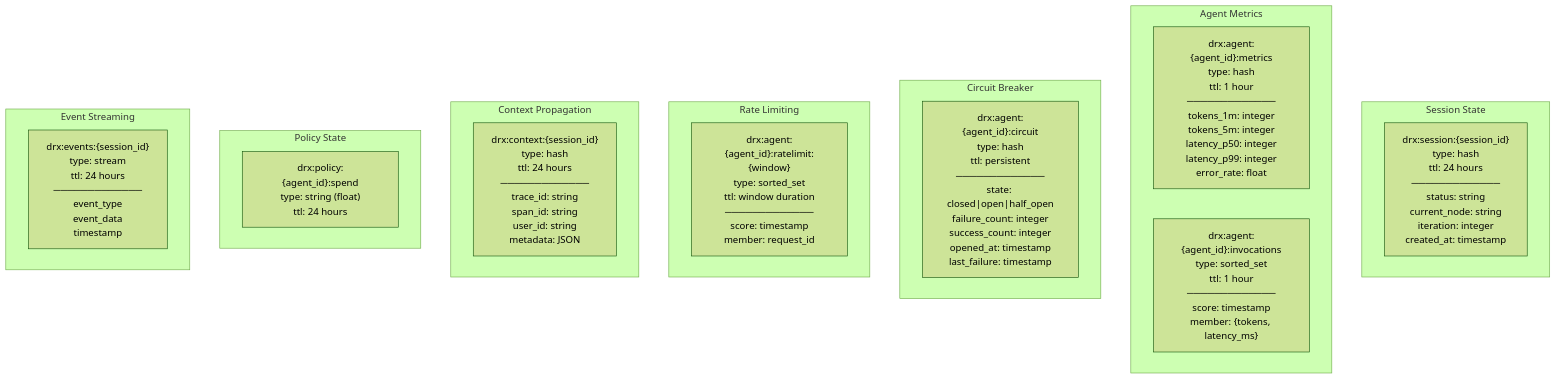
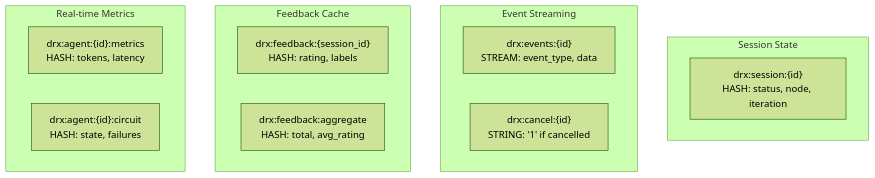
Before and after one commit to satyamaix/DeepResearchX: diagram 26 of 26 in docs/LLD.md, drawn with Mermaid (forest theme). The commit also changed other lines of this file and 2 other files, not shown here.

````diff
--- a/docs/LLD.md
+++ b/docs/LLD.md
@@ -1083,32 +1470,21 @@
 ```mermaid
 flowchart TB
-    subgraph SessionKeys["Session State"]
-        Session["drx:session:{session_id}<br/>type: hash<br/>ttl: 24 hours<br/>─────────────<br/>status: string<br/>current_node: string<br/>iteration: integer<br/>created_at: timestamp"]
+    subgraph Session["Session State"]
+        SessionHash["drx:session:{id}<br/>HASH: status, node, iteration"]
     end
 
-    subgraph AgentKeys["Agent Metrics"]
-        Metrics["drx:agent:{agent_id}:metrics<br/>type: hash<br/>ttl: 1 hour<br/>─────────────<br/>tokens_1m: integer<br/>tokens_5m: integer<br/>latency_p50: integer<br/>latency_p99: integer<br/>error_rate: float"]
-
-        Invocations["drx:agent:{agent_id}:invocations<br/>type: sorted_set<br/>ttl: 1 hour<br/>─────────────<br/>score: timestamp<br/>member: {tokens, latency_ms}"]
+    subgraph Events["Event Streaming"]
+        EventStream["drx:events:{id}<br/>STREAM: event_type, data"]
+        CancelKey["drx:cancel:{id}<br/>STRING: '1' if cancelled"]
     end
 
-    subgraph CircuitKeys["Circuit Breaker"]
-        Circuit["drx:agent:{agent_id}:circuit<br/>type: hash<br/>ttl: persistent<br/>─────────────<br/>state: closed|open|half_open<br/>failure_count: integer<br/>success_count: integer<br/>opened_at: timestamp<br/>last_failure: timestamp"]
+    subgraph Feedback["Feedback Cache"]
+        FeedbackHash["drx:feedback:{session_id}<br/>HASH: rating, labels"]
+        AggregateHash["drx:feedback:aggregate<br/>HASH: total, avg_rating"]
     end
 
-    subgraph RateLimitKeys["Rate Limiting"]
-        RateLimit["drx:agent:{agent_id}:ratelimit:{window}<br/>type: sorted_set<br/>ttl: window duration<br/>─────────────<br/>score: timestamp<br/>member: request_id"]
-    end
-
-    subgraph ContextKeys["Context Propagation"]
-        Context["drx:context:{session_id}<br/>type: hash<br/>ttl: 24 hours<br/>─────────────<br/>trace_id: string<br/>span_id: string<br/>user_id: string<br/>metadata: JSON"]
-    end
-
-    subgraph PolicyKeys["Policy State"]
-        Spend["drx:policy:{agent_id}:spend<br/>type: string (float)<br/>ttl: 24 hours"]
-    end
-
-    subgraph EventKeys["Event Streaming"]
-        Events["drx:events:{session_id}<br/>type: stream<br/>ttl: 24 hours<br/>─────────────<br/>event_type<br/>event_data<br/>timestamp"]
+    subgraph Metrics["Real-time Metrics"]
+        AgentMetrics["drx:agent:{id}:metrics<br/>HASH: tokens, latency"]
+        CircuitState["drx:agent:{id}:circuit<br/>HASH: state, failures"]
     end
 ```
````
